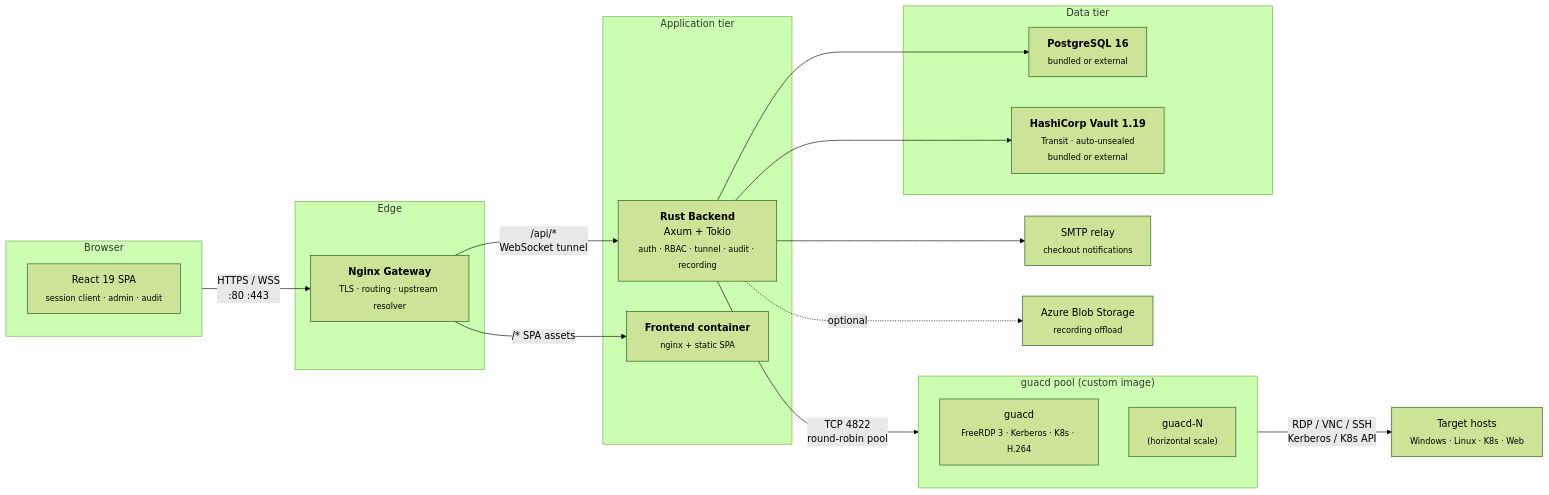
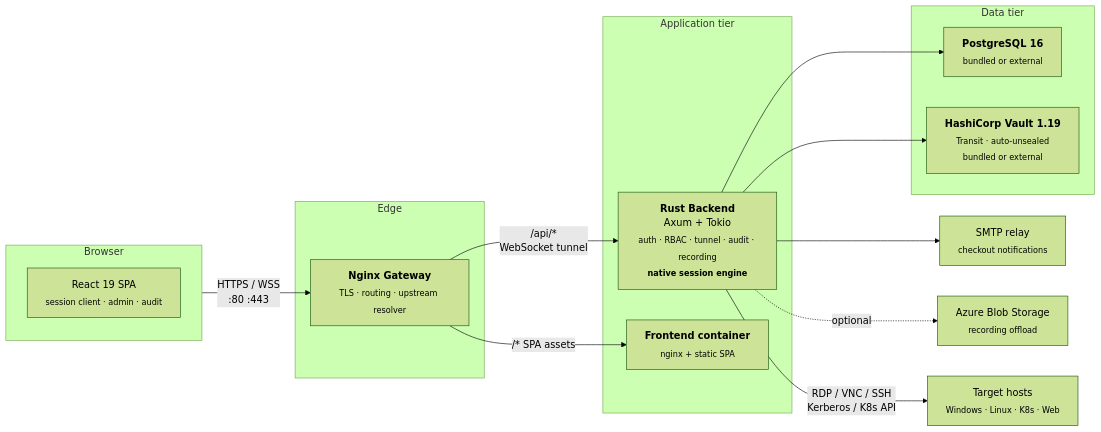
The diagram in README.md (Bails309/strata-client), drawn with Mermaid (forest theme) before and after one commit. The commit also changed other lines of this file and 167 other files, not shown here.

````diff
--- a/README.md
+++ b/README.md
@@ -205,41 +210,35 @@
 ```mermaid
 flowchart LR
     subgraph Browser
         SPA["React 19 SPA<br/><sub>session client · admin · audit</sub>"]
     end
 
     Browser -->|HTTPS / WSS<br/>:80 :443| Nginx
 
     subgraph EdgeNet["Edge"]
         Nginx["<b>Nginx Gateway</b><br/><sub>TLS · routing · upstream resolver</sub>"]
     end
 
     Nginx -->|/api/*<br/>WebSocket tunnel| Backend
     Nginx -->|/* SPA assets| Frontend
 
     subgraph AppNet["Application tier"]
-        Backend["<b>Rust Backend</b><br/>Axum + Tokio<br/><sub>auth · RBAC · tunnel · audit · recording</sub>"]
+        Backend["<b>Rust Backend</b><br/>Axum + Tokio<br/><sub>auth · RBAC · tunnel · audit · recording<br/><b>native session engine</b></sub>"]
         Frontend["<b>Frontend container</b><br/><sub>nginx + static SPA</sub>"]
-    end
-
-    Backend -->|TCP 4822<br/>round-robin pool| GuacdPool
-    subgraph GuacdPool["guacd pool (custom image)"]
-        Guacd1["guacd<br/><sub>FreeRDP 3 · Kerberos · K8s · H.264</sub>"]
-        GuacdN["guacd-N<br/><sub>(horizontal scale)</sub>"]
     end
 
     Backend --> Postgres
     Backend --> Vault
     Backend --> SMTP
     Backend -.->|optional| Blob
 
     subgraph DataNet["Data tier"]
         Postgres["<b>PostgreSQL 16</b><br/><sub>bundled or external</sub>"]
         Vault["<b>HashiCorp Vault 1.19</b><br/><sub>Transit · auto-unsealed<br/>bundled or external</sub>"]
     end
 
     SMTP["SMTP relay<br/><sub>checkout notifications</sub>"]
     Blob["Azure Blob Storage<br/><sub>recording offload</sub>"]
 
-    GuacdPool -->|RDP / VNC / SSH<br/>Kerberos / K8s API| Targets["Target hosts<br/><sub>Windows · Linux · K8s · Web</sub>"]
+    Backend -->|RDP / VNC / SSH<br/>Kerberos / K8s API| Targets["Target hosts<br/><sub>Windows · Linux · K8s · Web</sub>"]
 ```
````
